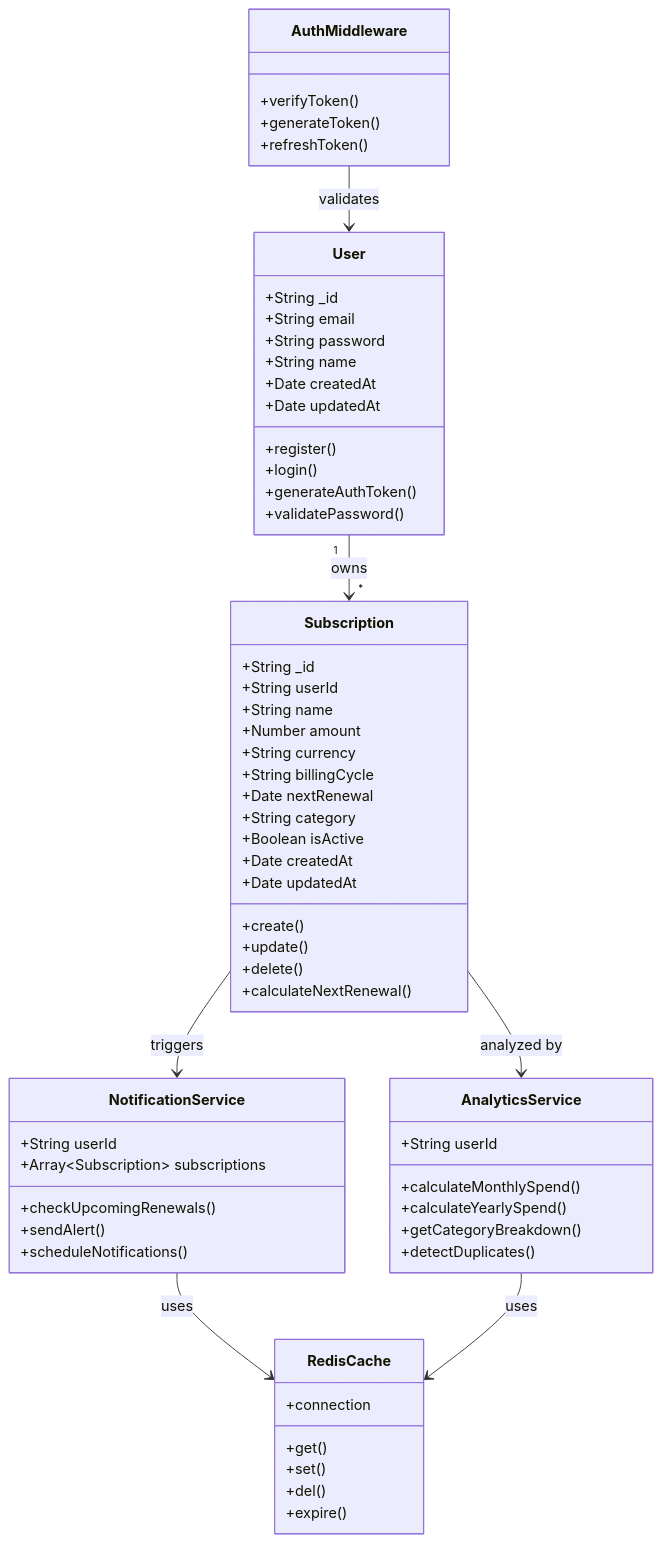
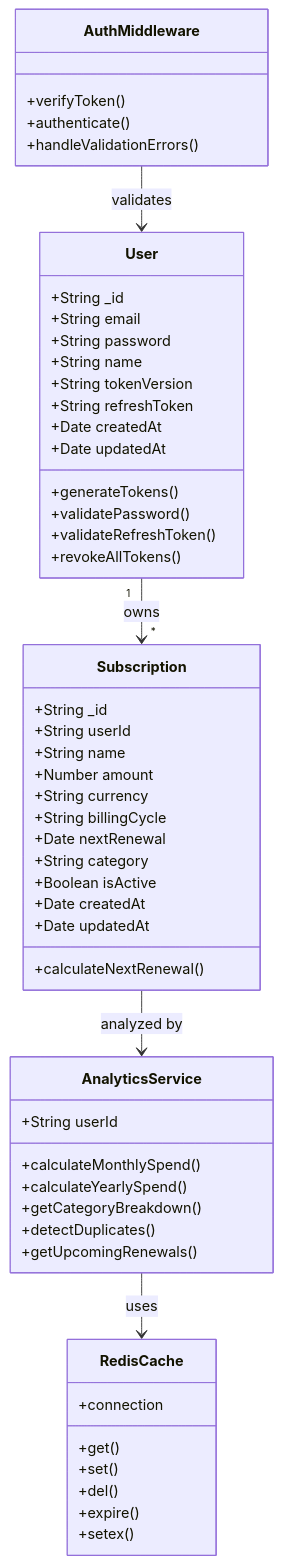
One commit to Adharsh-Rengarajan/sub-track changed the diagram in README.md. Above: the diagram before and after it, drawn with Mermaid. The commit also changed other lines of this file, not shown here.

````diff
--- a/README.md
+++ b/README.md
@@ -17,70 +17,61 @@
 ```mermaid
 classDiagram
     class User {
         +String _id
         +String email
         +String password
         +String name
+        +String tokenVersion
+        +String refreshToken
         +Date createdAt
         +Date updatedAt
-        +register()
-        +login()
-        +generateAuthToken()
+        +generateTokens()
         +validatePassword()
+        +validateRefreshToken()
+        +revokeAllTokens()
     }
 
     class Subscription {
         +String _id
         +String userId
         +String name
         +Number amount
         +String currency
         +String billingCycle
         +Date nextRenewal
         +String category
         +Boolean isActive
         +Date createdAt
         +Date updatedAt
-        +create()
-        +update()
-        +delete()
         +calculateNextRenewal()
     }
 
     class AuthMiddleware {
         +verifyToken()
-        +generateToken()
-        +refreshToken()
-    }
-
-    class NotificationService {
-        +String userId
-        +Array~Subscription~ subscriptions
-        +checkUpcomingRenewals()
-        +sendAlert()
-        +scheduleNotifications()
+        +authenticate()
+        +handleValidationErrors()
     }
 
     class AnalyticsService {
         +String userId
         +calculateMonthlySpend()
         +calculateYearlySpend()
         +getCategoryBreakdown()
         +detectDuplicates()
+        +getUpcomingRenewals()
     }
 
     class RedisCache {
         +connection
         +get()
         +set()
         +del()
         +expire()
+        +setex()
     }
 
     User "1" --> "*" Subscription : owns
-    Subscription --> NotificationService : triggers
     Subscription --> AnalyticsService : analyzed by
     AuthMiddleware --> User : validates
-    NotificationService --> RedisCache : uses
     AnalyticsService --> RedisCache : uses
 ```
````
